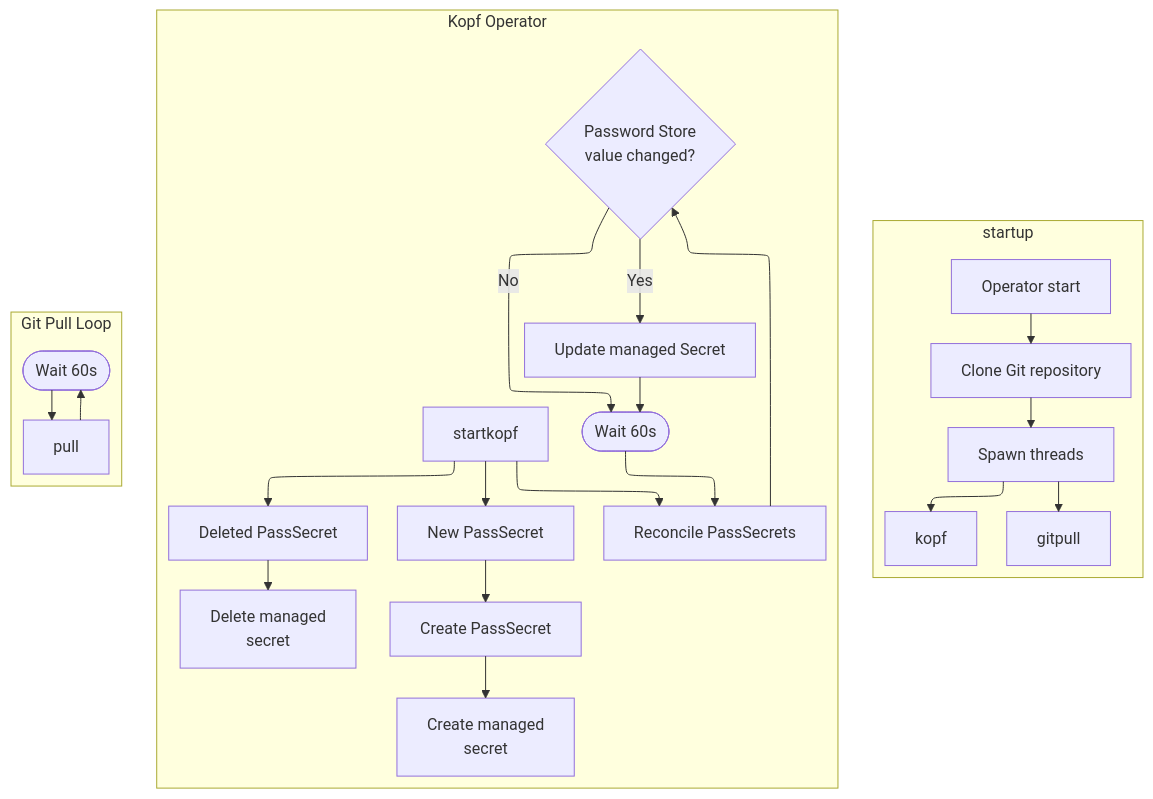
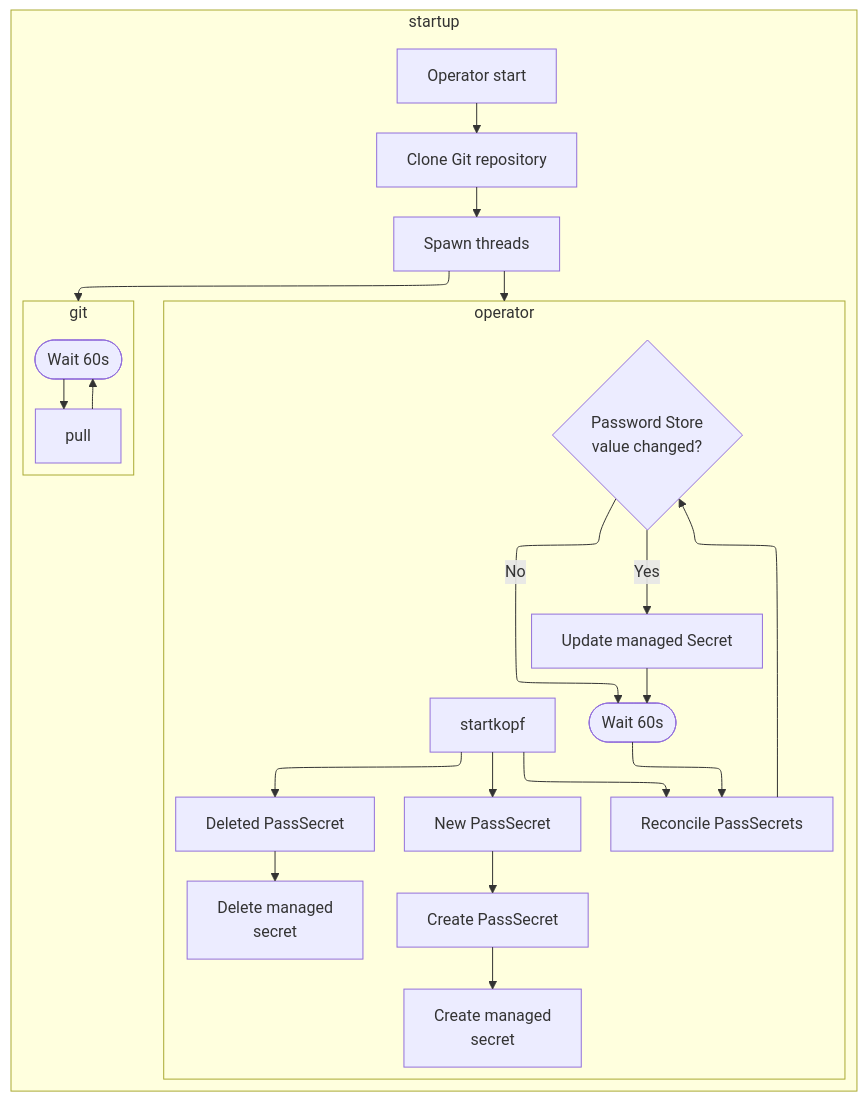
One commit to premiscale/pass-operator changed the diagram in README.md. Above: the diagram before and after it, drawn with Mermaid. The commit also changed other lines of this file, not shown here.

Commit message:
PASS-22: Update subgraph names

````diff
--- a/README.md
+++ b/README.md
@@ -50,19 +50,19 @@
 ```mermaid
 %%{init: {"flowchart": {"defaultRenderer": "elk"}} }%%
 flowchart TD
     subgraph startup
         start[Operator start] --> clone[Clone Git repository]
         clone --> threads[Spawn threads]
-        threads --> kopf
-        threads --> gitpull
+        threads --> operator
+        threads --> git
     end
-    subgraph "Kopf Operator"
+    subgraph operator
         startkopf --> reconcile[Reconcile PassSecrets] --> storevaluechanged{Password Store<br>value changed?} -->|Yes| update[Update managed Secret] --> reconcilewait([Wait 60s]) --> reconcile
         storevaluechanged -->|No| reconcilewait
         startkopf --> new[New PassSecret] --> create[Create PassSecret] --> createms[Create managed<br>secret]
         startkopf --> delete[Deleted PassSecret] --> deletems[Delete managed<br>secret]
     end
-    subgraph "Git Pull Loop"
+    subgraph git
         pull --> wait([Wait 60s]) --> pull
     end
 ```
````
